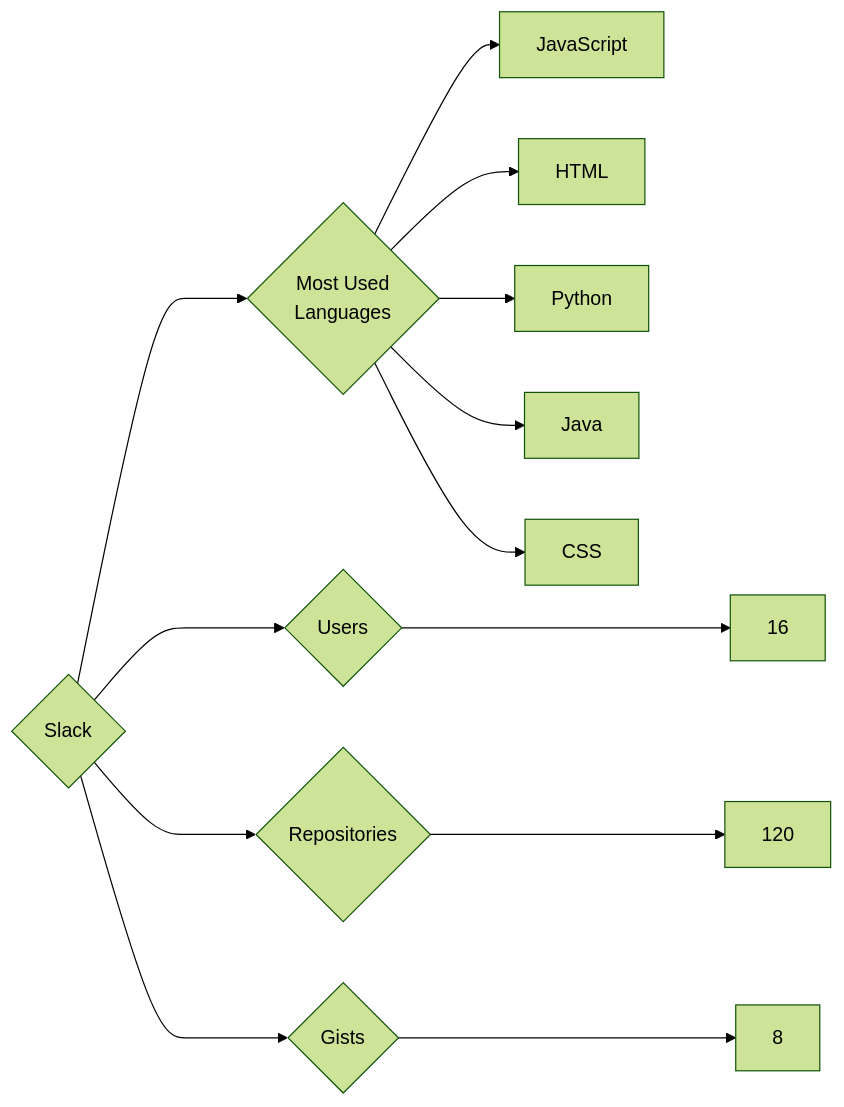
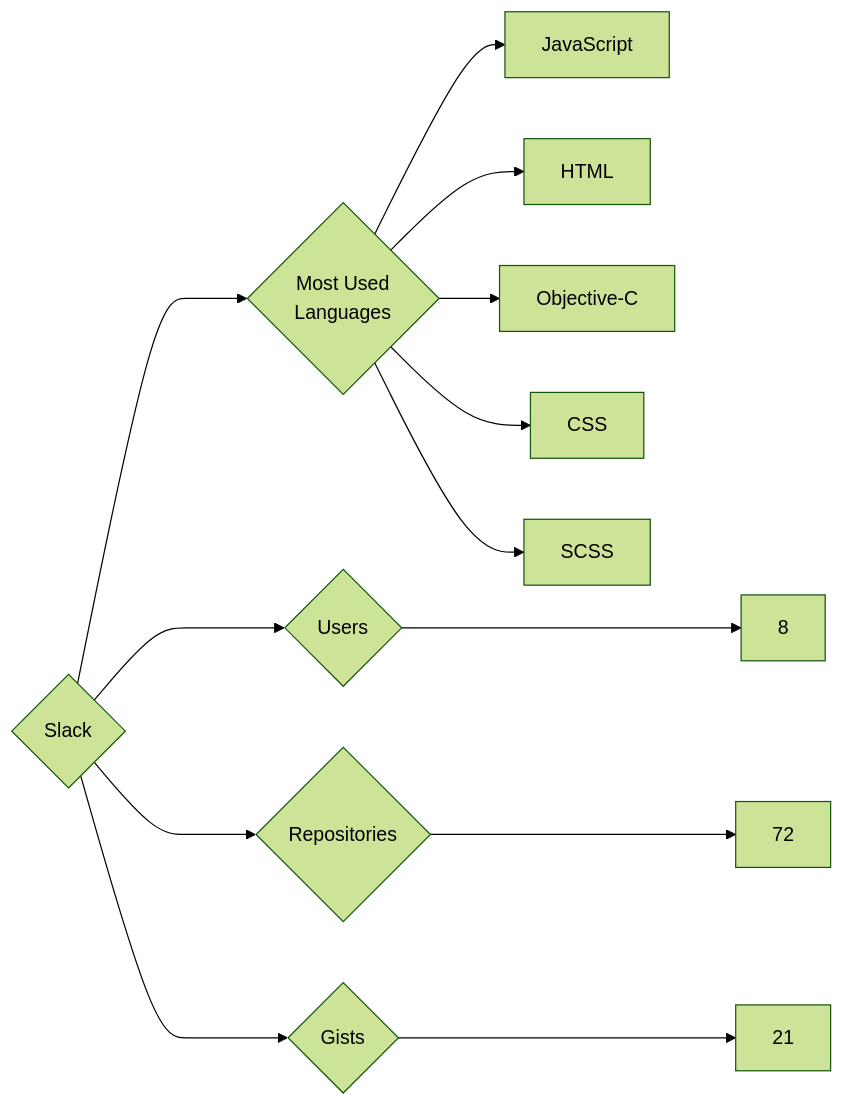
The diagram in targets/Slack/README.md (trickest/insiders), drawn with Mermaid (forest theme) before and after one commit. The commit also changed 833 other files, not shown here.

````diff
--- a/targets/Slack/README.md
+++ b/targets/Slack/README.md
@@ -3,13 +3,13 @@
 ```mermaid
 graph LR
 COMPANY_NAME{Slack}
-COMPANY_NAME ---> U{Users} ---> UN[16]
-COMPANY_NAME ---> R{Repositories} ---> RN[120]
-COMPANY_NAME ---> G{Gists} ---> GN[8]
+COMPANY_NAME ---> U{Users} ---> UN[8]
+COMPANY_NAME ---> R{Repositories} ---> RN[72]
+COMPANY_NAME ---> G{Gists} ---> GN[21]
 COMPANY_NAME ---> ML{Most Used<br>Languages}
 ML --> JavaScript[JavaScript]
 ML --> HTML[HTML]
-ML --> Python[Python]
-ML --> Java[Java]
+ML --> Objective-C[Objective-C]
 ML --> CSS[CSS]
+ML --> SCSS[SCSS]
 ```
````
